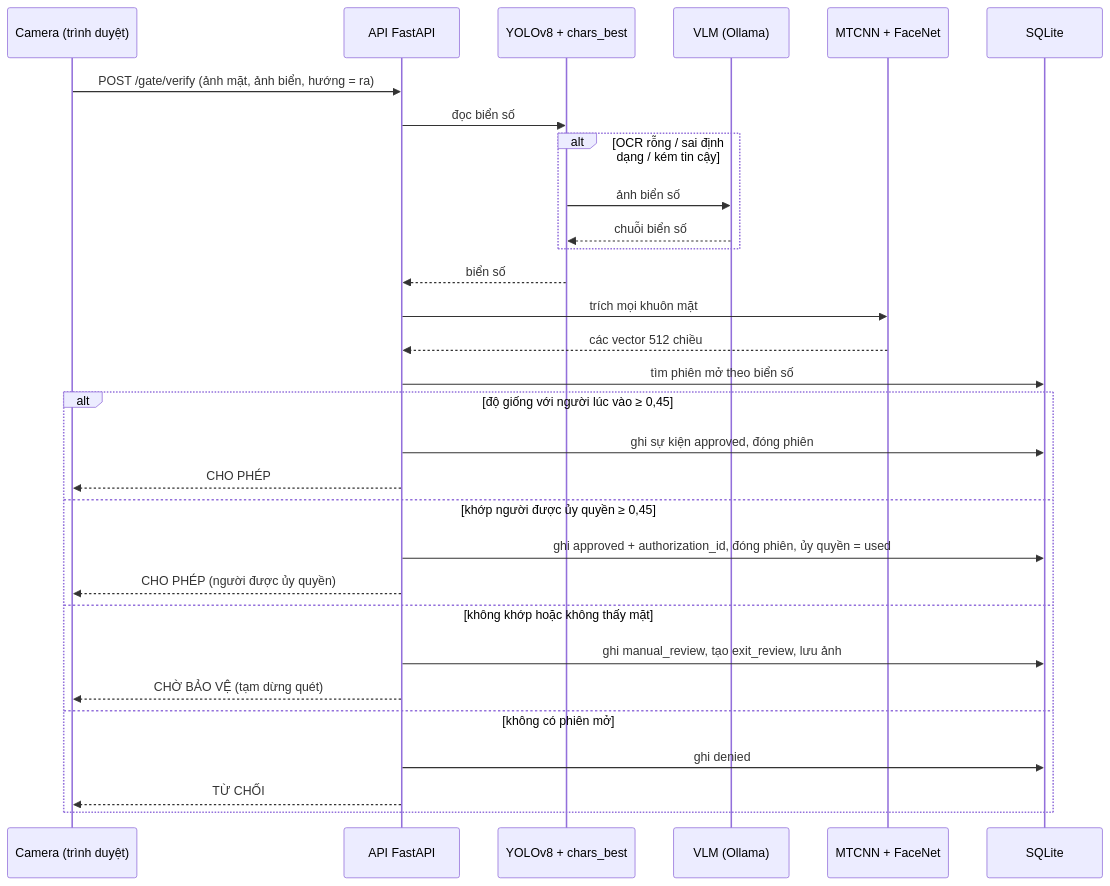
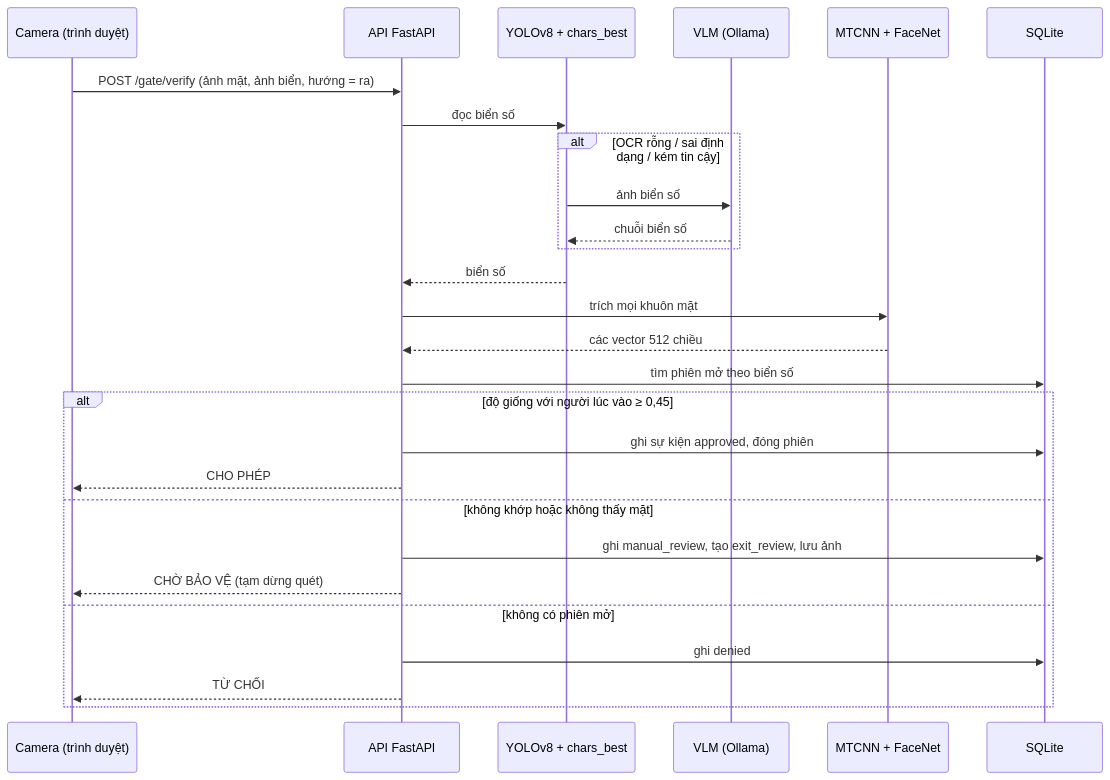
Before and after one commit to PhuocNguyen2206/-n: the fourth of 4 diagrams in docs/NHAP_CAP_NHAT_BAO_CAO.md, drawn with Mermaid. The commit also changed other lines of this file and 12 other files, not shown here.

````diff
--- a/docs/NHAP_CAP_NHAT_BAO_CAO.md
+++ b/docs/NHAP_CAP_NHAT_BAO_CAO.md
@@ -167,32 +144,29 @@
 ```mermaid
 sequenceDiagram
   participant C as Camera (trình duyệt)
   participant A as API FastAPI
   participant V as YOLOv8 + chars_best
   participant L as VLM (Ollama)
   participant F as MTCNN + FaceNet
   participant D as SQLite
   C->>A: POST /gate/verify (ảnh mặt, ảnh biển, hướng = ra)
   A->>V: đọc biển số
   alt OCR rỗng / sai định dạng / kém tin cậy
     V->>L: ảnh biển số
     L-->>V: chuỗi biển số
   end
   V-->>A: biển số
   A->>F: trích mọi khuôn mặt
   F-->>A: các vector 512 chiều
   A->>D: tìm phiên mở theo biển số
   alt độ giống với người lúc vào ≥ 0,45
     A->>D: ghi sự kiện approved, đóng phiên
     A-->>C: CHO PHÉP
-  else khớp người được ủy quyền ≥ 0,45
-    A->>D: ghi approved + authorization_id, đóng phiên, ủy quyền = used
-    A-->>C: CHO PHÉP (người được ủy quyền)
   else không khớp hoặc không thấy mặt
     A->>D: ghi manual_review, tạo exit_review, lưu ảnh
     A-->>C: CHỜ BẢO VỆ (tạm dừng quét)
   else không có phiên mở
     A->>D: ghi denied
     A-->>C: TỪ CHỐI
   end
 ```
````
